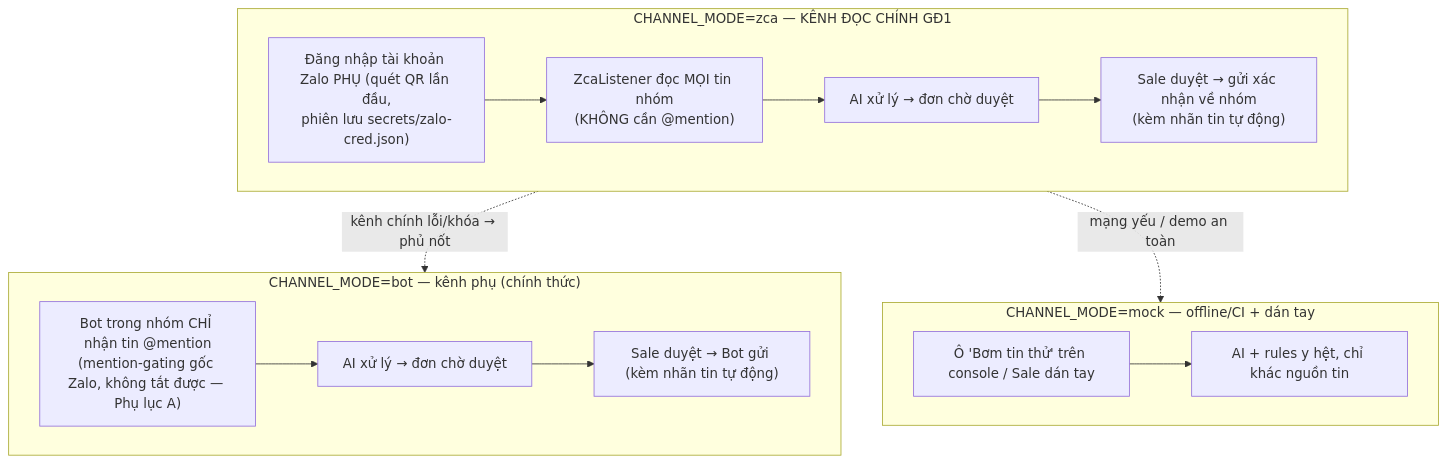
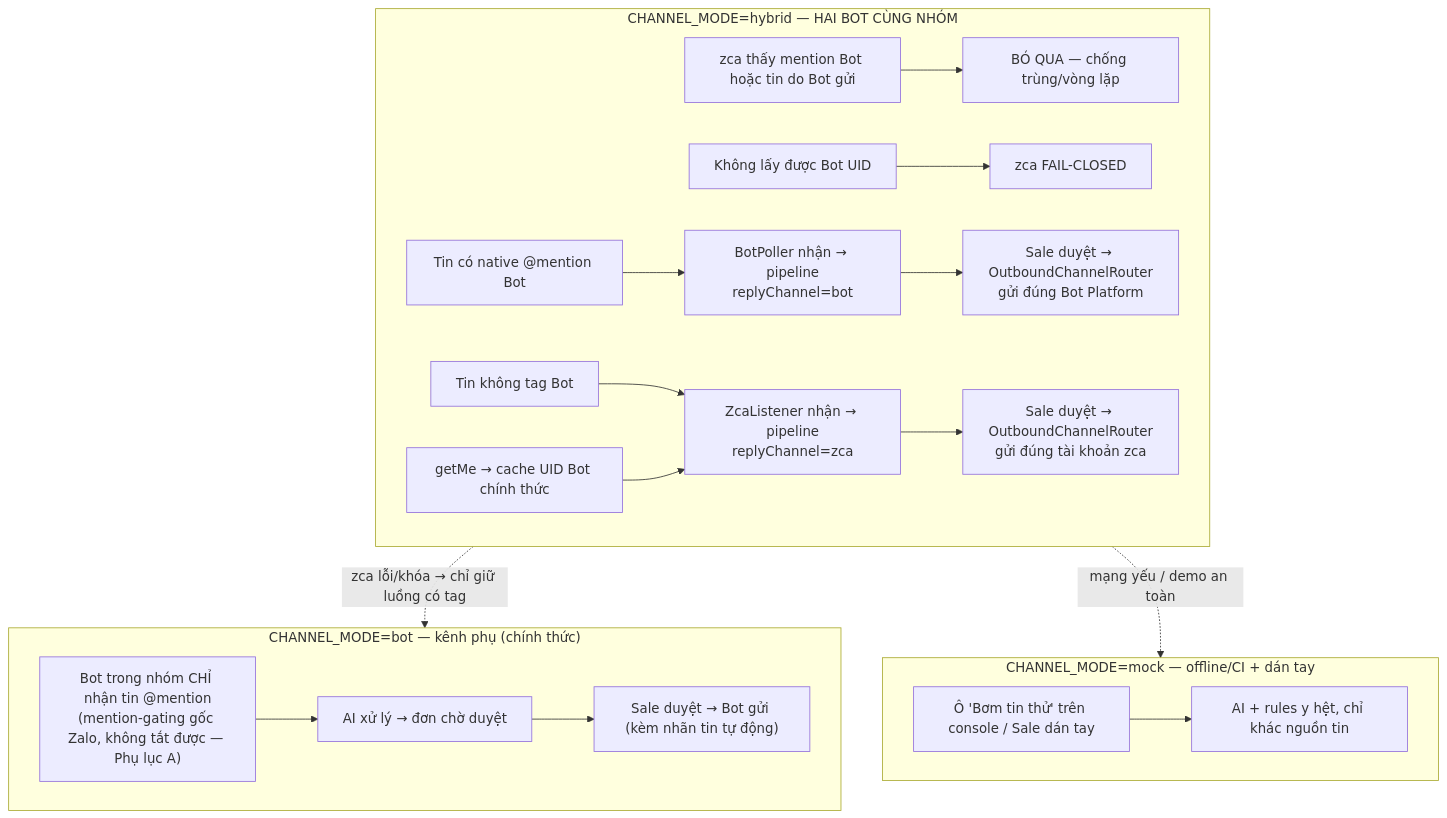
Diagram 12 of 12 in docs/so-do-he-thong.md (phungtienviet14-sketch/nexagnet-platform), drawn with Mermaid before and after one commit. The commit also changed other lines of this file and 118 other files, not shown here.

````diff
--- a/docs/so-do-he-thong.md
+++ b/docs/so-do-he-thong.md
@@ -500,20 +524,25 @@
 ```mermaid
 flowchart TB
-    subgraph ZCAM["CHANNEL_MODE=zca — KÊNH ĐỌC CHÍNH GĐ1"]
-        Z1["Đăng nhập tài khoản Zalo PHỤ (quét QR lần đầu,<br/>phiên lưu secrets/zalo-cred.json)"] --> Z2["ZcaListener đọc MỌI tin nhóm<br/>(KHÔNG cần @mention)"]
-        Z2 --> Z3["AI xử lý → đơn chờ duyệt"]
-        Z3 --> Z4["Sale duyệt → gửi xác nhận về nhóm<br/>(kèm nhãn tin tự động)"]
+    subgraph HYBRID["CHANNEL_MODE=hybrid — HAI BOT CÙNG NHÓM"]
+        H0["getMe → cache UID Bot chính thức"]
+        H1["Tin có native @mention Bot"] --> H2["BotPoller nhận → pipeline<br/>replyChannel=bot"]
+        H3["Tin không tag Bot"] --> H4["ZcaListener nhận → pipeline<br/>replyChannel=zca"]
+        H0 --> H4
+        H5["zca thấy mention Bot hoặc tin do Bot gửi"] --> H6["BỎ QUA — chống trùng/vòng lặp"]
+        H7["Không lấy được Bot UID"] --> H8["zca FAIL-CLOSED"]
+        H2 --> H9["Sale duyệt → OutboundChannelRouter<br/>gửi đúng Bot Platform"]
+        H4 --> H10["Sale duyệt → OutboundChannelRouter<br/>gửi đúng tài khoản zca"]
     end
 
     subgraph BOTM["CHANNEL_MODE=bot — kênh phụ (chính thức)"]
         T1["Bot trong nhóm CHỈ nhận tin @mention<br/>(mention-gating gốc Zalo, không tắt được — Phụ lục A)"] --> T2["AI xử lý → đơn chờ duyệt"]
         T2 --> T3["Sale duyệt → Bot gửi (kèm nhãn tin tự động)"]
     end
 
     subgraph MOCKM["CHANNEL_MODE=mock — offline/CI + dán tay"]
         M1["Ô 'Bơm tin thử' trên console / Sale dán tay"] --> M2["AI + rules y hệt, chỉ khác nguồn tin"]
     end
 
-    ZCAM -.->|"kênh chính lỗi/khóa → phủ nốt"| BOTM
-    ZCAM -.->|"mạng yếu / demo an toàn"| MOCKM
+    HYBRID -.->|"zca lỗi/khóa → chỉ giữ luồng có tag"| BOTM
+    HYBRID -.->|"mạng yếu / demo an toàn"| MOCKM
 ```
````
